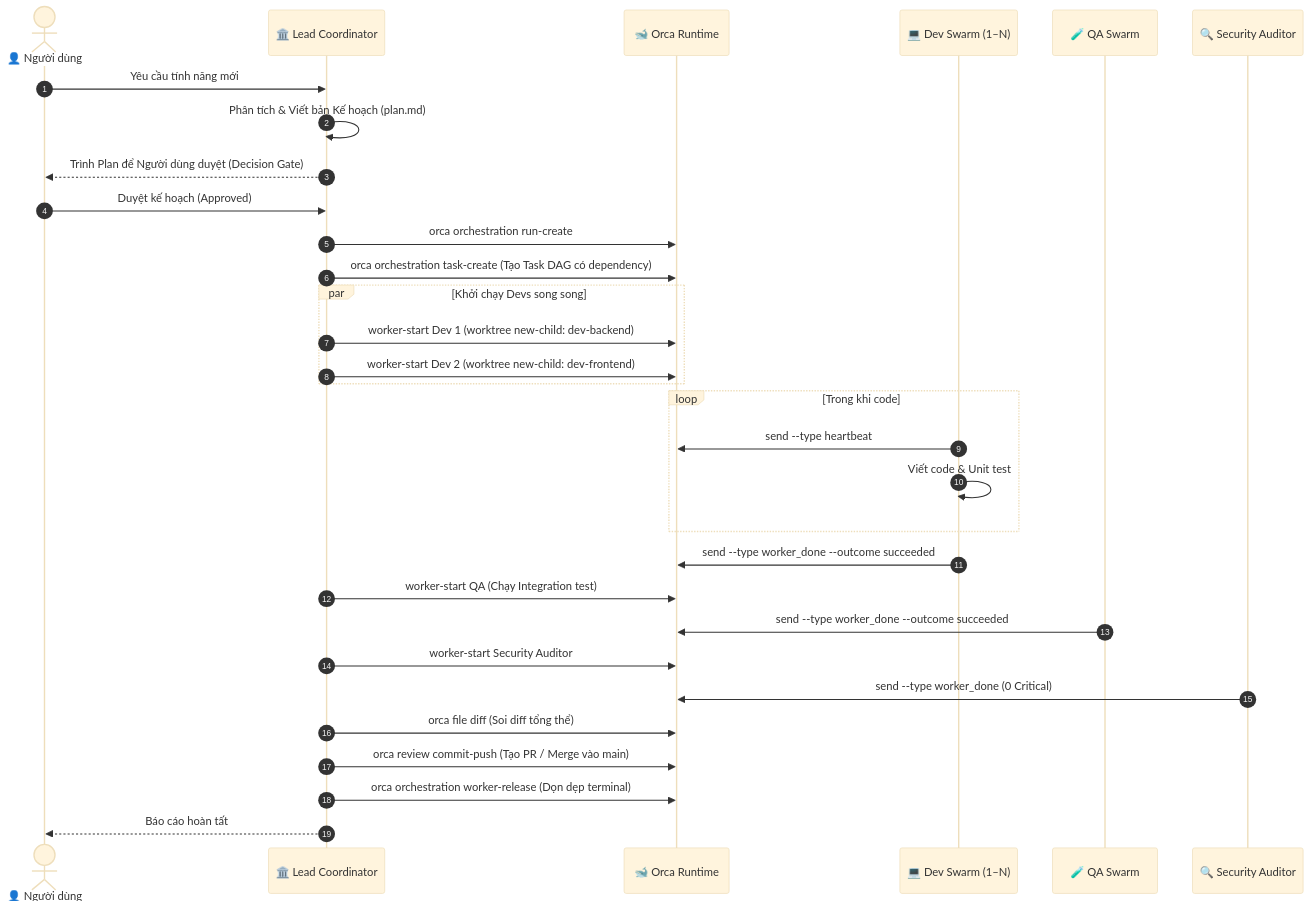
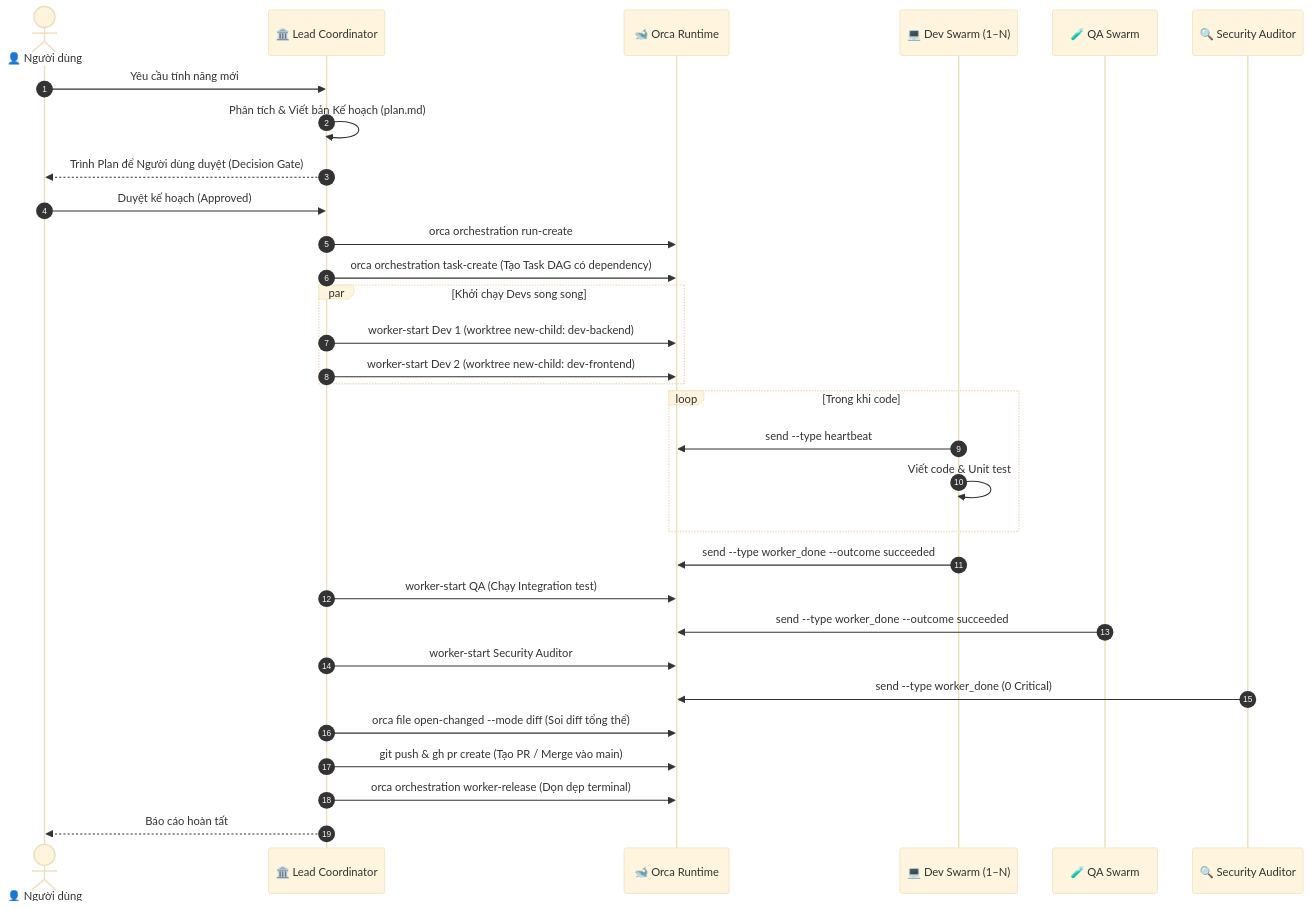
The first of 6 diagrams in docs/workflows.md (thapld/orca-multi-agent-orchestrator), drawn with Mermaid (base theme) before and after one commit. The commit also changed other lines of this file and 7 other files, not shown here.

````diff
--- a/docs/workflows.md
+++ b/docs/workflows.md
@@ -11,41 +11,41 @@
 ```mermaid
 sequenceDiagram
     autonumber
     actor User as 👤 Người dùng
     participant Lead as 🏛️ Lead Coordinator
     participant Orca as 🐋 Orca Runtime
     participant Devs as 💻 Dev Swarm (1–N)
     participant QA as 🧪 QA Swarm
     participant Sec as 🔍 Security Auditor
 
     User->>Lead: Yêu cầu tính năng mới
     Lead->>Lead: Phân tích & Viết bản Kế hoạch (plan.md)
     Lead-->>User: Trình Plan để Người dùng duyệt (Decision Gate)
     User->>Lead: Duyệt kế hoạch (Approved)
 
     Lead->>Orca: orca orchestration run-create
     Lead->>Orca: orca orchestration task-create (Tạo Task DAG có dependency)
 
     par Khởi chạy Devs song song
         Lead->>Orca: worker-start Dev 1 (worktree new-child: dev-backend)
         Lead->>Orca: worker-start Dev 2 (worktree new-child: dev-frontend)
     end
 
     loop Trong khi code
         Devs->>Orca: send --type heartbeat
         Devs->>Devs: Viết code & Unit test
     end
 
     Devs->>Orca: send --type worker_done --outcome succeeded
     
     Lead->>Orca: worker-start QA (Chạy Integration test)
     QA->>Orca: send --type worker_done --outcome succeeded
 
     Lead->>Orca: worker-start Security Auditor
     Sec->>Orca: send --type worker_done (0 Critical)
 
-    Lead->>Orca: orca file diff (Soi diff tổng thể)
-    Lead->>Orca: orca review commit-push (Tạo PR / Merge vào main)
+    Lead->>Orca: orca file open-changed --mode diff (Soi diff tổng thể)
+    Lead->>Orca: git push & gh pr create (Tạo PR / Merge vào main)
     Lead->>Orca: orca orchestration worker-release (Dọn dẹp terminal)
     Lead-->>User: Báo cáo hoàn tất
 ```
````
